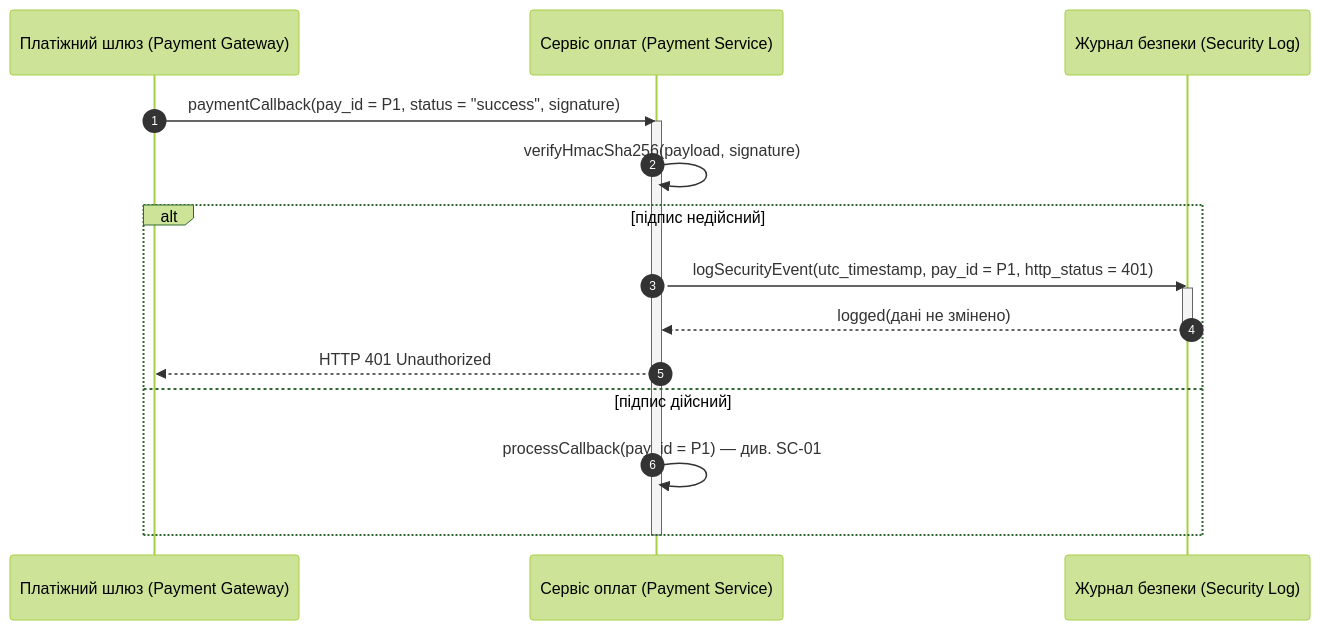
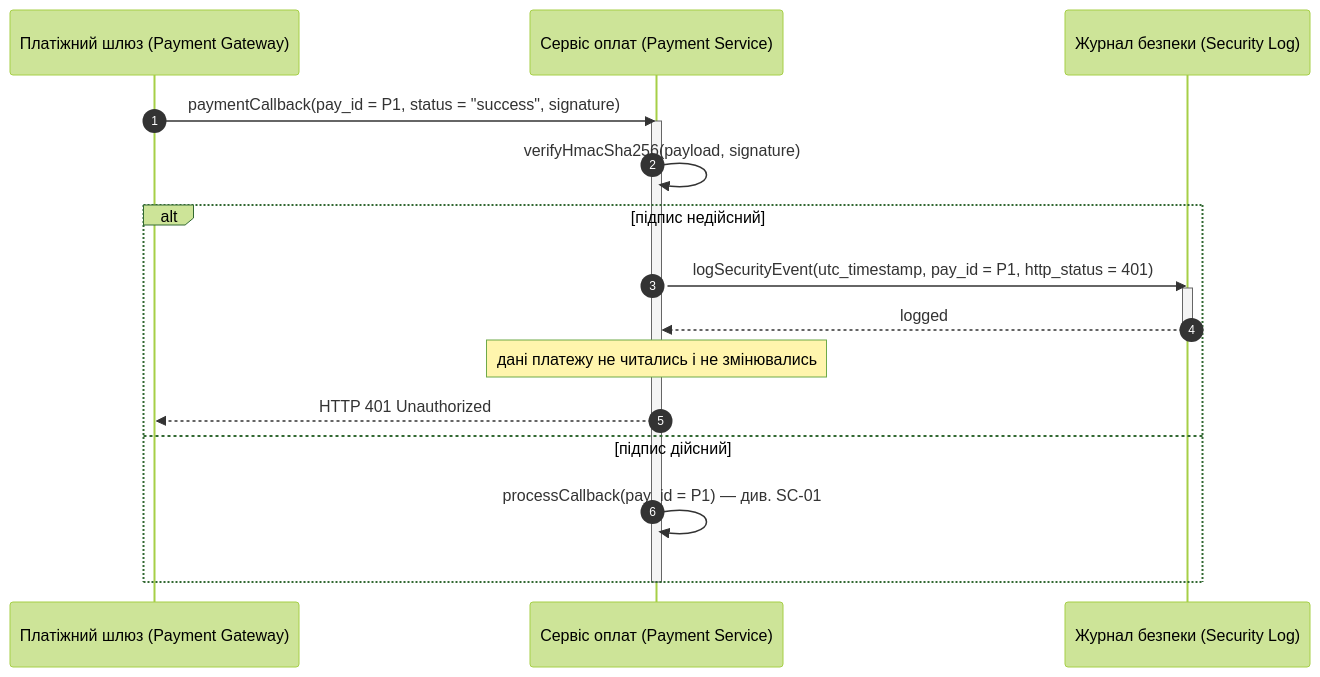
The tenth of 15 diagrams in Lab3/diagram.md (hutnichs/KPI_MAVPZ), drawn with Mermaid (forest theme) before and after one commit. The commit also changed other lines of this file and 1 other file, not shown here.

````diff
--- a/Lab3/diagram.md
+++ b/Lab3/diagram.md
@@ -369,21 +432,22 @@
 ```mermaid
 sequenceDiagram
     autonumber
     participant PGW as Платіжний шлюз (Payment Gateway)
     participant PS as Сервіс оплат (Payment Service)
     participant SecLog as Журнал безпеки (Security Log)
 
     PGW->>PS: paymentCallback(pay_id = P1, status = "success", signature)
     activate PS
     PS->>PS: verifyHmacSha256(payload, signature)
     alt підпис недійсний
         PS->>SecLog: logSecurityEvent(utc_timestamp, pay_id = P1, http_status = 401)
         activate SecLog
-        SecLog-->>PS: logged(дані не змінено)
+        SecLog-->>PS: logged
         deactivate SecLog
+        Note over PS: дані платежу не читались і не змінювались
         PS-->>PGW: HTTP 401 Unauthorized
     else підпис дійсний
         PS->>PS: processCallback(pay_id = P1) — див. SC-01
     end
     deactivate PS
 ```
````
